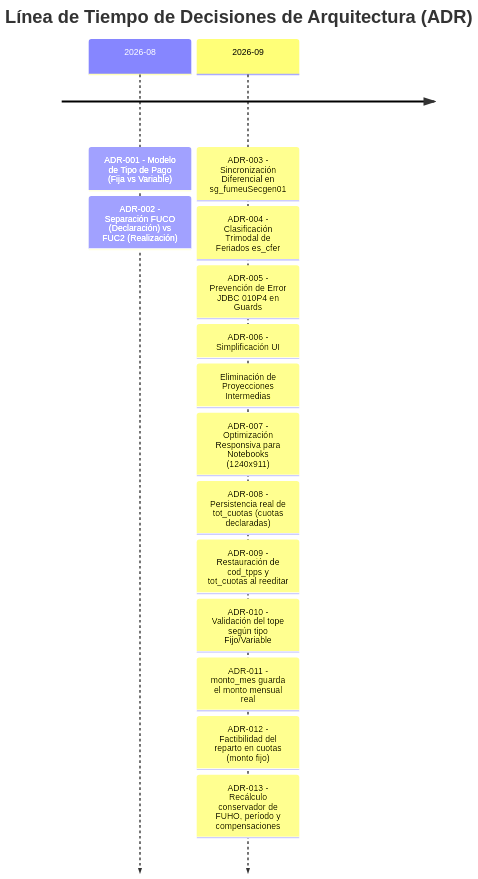
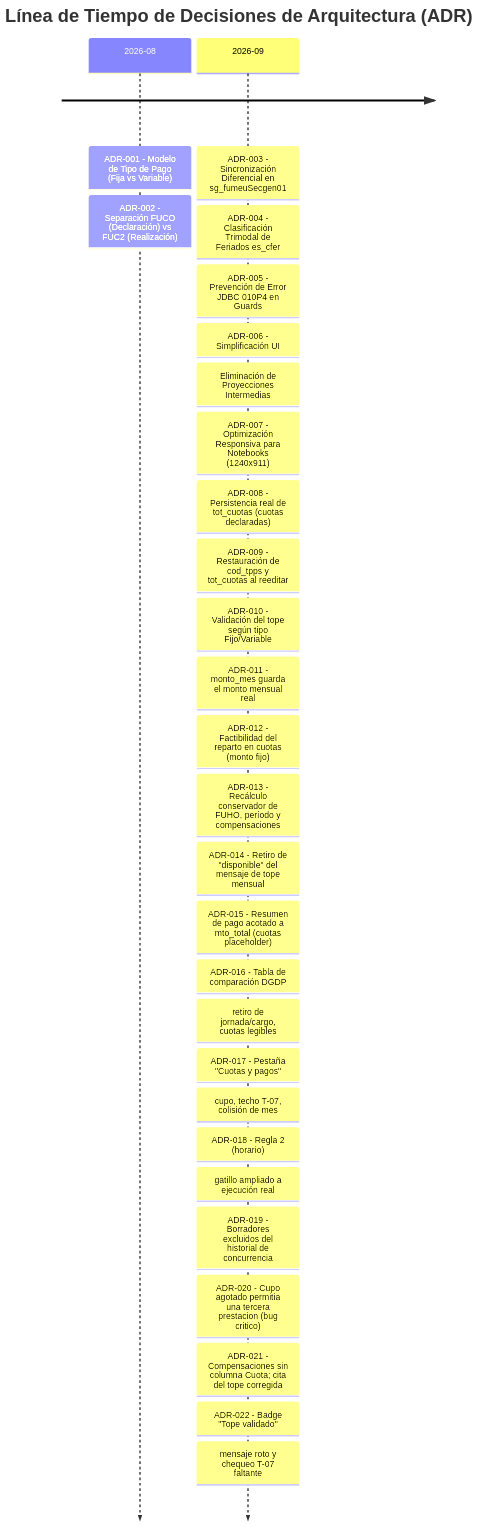
Before and after one commit to estebanlizama/template-du09: the diagram in cambios_pa_solicitud_wf/contexto_reglas_cambios_agregados/README.md, drawn with Mermaid. The commit also changed other lines of this file and 6 other files, not shown here.

````diff
--- a/cambios_pa_solicitud_wf/contexto_reglas_cambios_agregados/README.md
+++ b/cambios_pa_solicitud_wf/contexto_reglas_cambios_agregados/README.md
@@ -28,17 +28,26 @@
 ```mermaid
 timeline
     title Línea de Tiempo de Decisiones de Arquitectura (ADR)
     2026-08 : ADR-001 - Modelo de Tipo de Pago (Fija vs Variable)
             : ADR-002 - Separación FUCO (Declaración) vs FUC2 (Realización)
     2026-09 : ADR-003 - Sincronización Diferencial en sg_fumeuSecgen01
             : ADR-004 - Clasificación Trimodal de Feriados es_cfer
             : ADR-005 - Prevención de Error JDBC 010P4 en Guards
             : ADR-006 - Simplificación UI: Eliminación de Proyecciones Intermedias
             : ADR-007 - Optimización Responsiva para Notebooks (1240x911)
             : ADR-008 - Persistencia real de tot_cuotas (cuotas declaradas)
             : ADR-009 - Restauración de cod_tpps y tot_cuotas al reeditar
             : ADR-010 - Validación del tope según tipo Fijo/Variable
             : ADR-011 - monto_mes guarda el monto mensual real
             : ADR-012 - Factibilidad del reparto en cuotas (monto fijo)
             : ADR-013 - Recálculo conservador de FUHO, período y compensaciones
+            : ADR-014 - Retiro de "disponible" del mensaje de tope mensual
+            : ADR-015 - Resumen de pago acotado a mto_total (cuotas placeholder)
+            : ADR-016 - Tabla de comparación DGDP: retiro de jornada/cargo, cuotas legibles
+            : ADR-017 - Pestaña "Cuotas y pagos": cupo, techo T-07, colisión de mes
+            : ADR-018 - Regla 2 (horario): gatillo ampliado a ejecución real
+            : ADR-019 - Borradores excluidos del historial de concurrencia
+            : ADR-020 - Cupo agotado permitia una tercera prestacion (bug critico)
+            : ADR-021 - Compensaciones sin columna Cuota; cita del tope corregida
+            : ADR-022 - Badge "Tope validado": mensaje roto y chequeo T-07 faltante
 ```
````
